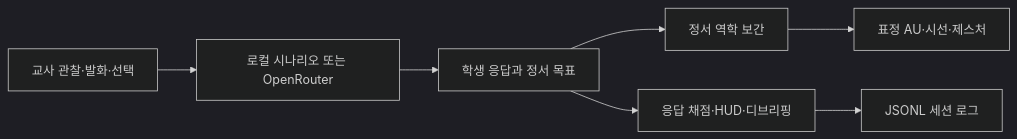
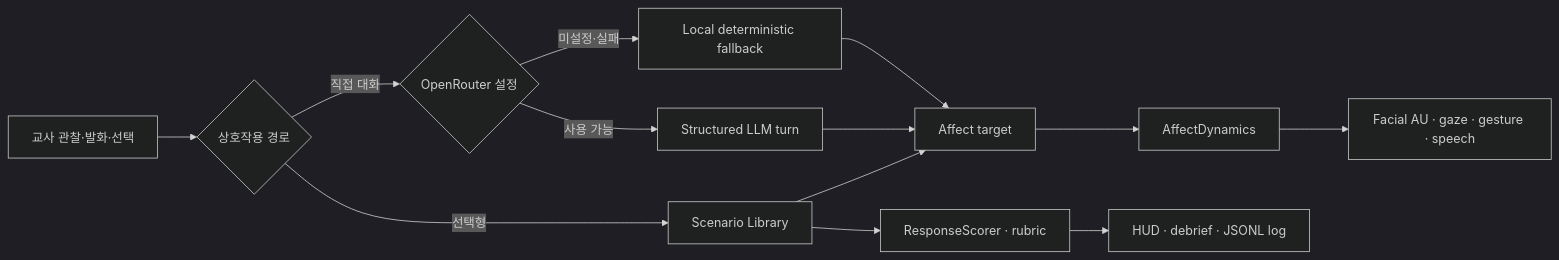
The diagram in README.md (Educatian/korean-classroom-ai-teacher-training-sim), drawn with Mermaid (dark theme) before and after one commit. The commit also changed other lines of this file, not shown here.

````diff
--- a/README.md
+++ b/README.md
@@ -56,9 +248,15 @@
 ```mermaid
 flowchart LR
-    A["교사 관찰·발화·선택"] --> B["로컬 시나리오 또는 OpenRouter"]
-    B --> C["학생 응답과 정서 목표"]
-    C --> D["정서 역학 보간"]
-    D --> E["표정 AU·시선·제스처"]
-    C --> F["응답 채점·HUD·디브리핑"]
-    F --> G["JSONL 세션 로그"]
+    A["교사 관찰·발화·선택"] --> B{"상호작용 경로"}
+    B -->|"선택형"| C["Scenario Library"]
+    B -->|"직접 대화"| D{"OpenRouter 설정"}
+    D -->|"사용 가능"| E["Structured LLM turn"]
+    D -->|"미설정·실패"| F["Local deterministic fallback"]
+    C --> G["Affect target"]
+    E --> G
+    F --> G
+    G --> H["AffectDynamics"]
+    H --> I["Facial AU · gaze · gesture · speech"]
+    C --> J["ResponseScorer · rubric"]
+    J --> K["HUD · debrief · JSONL log"]
 ```
````
